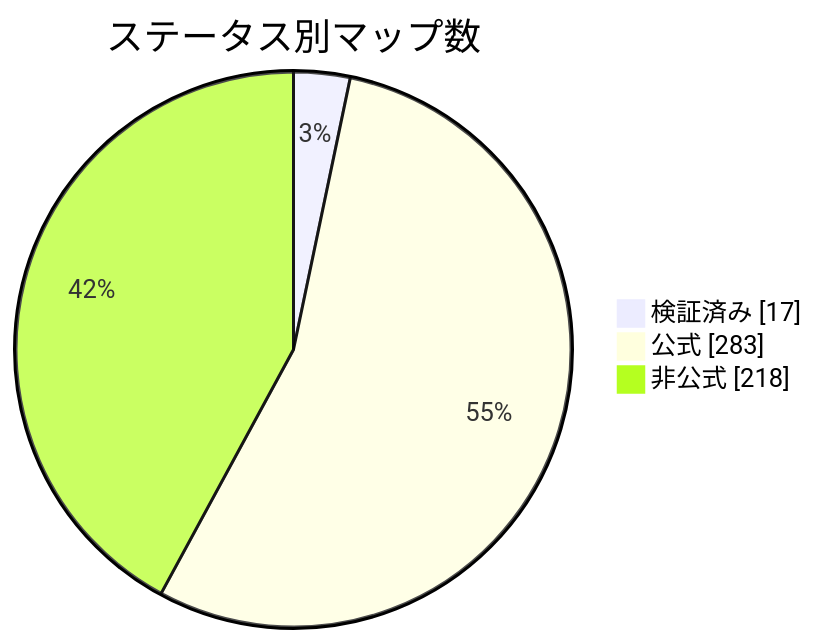
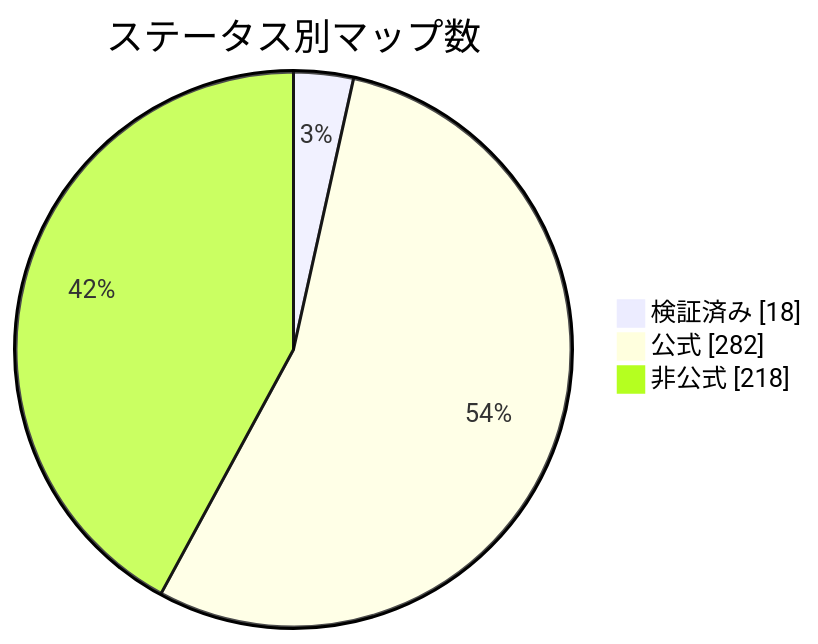
The diagram in docs/readme/README_JP.md (nobrega8/mbmap-library), drawn with Mermaid before and after one commit. The commit also changed 5 other files, not shown here.

````diff
--- a/docs/readme/README_JP.md
+++ b/docs/readme/README_JP.md
@@ -54,7 +54,7 @@
 ```mermaid
 pie showData
     title ステータス別マップ数
-    "検証済み" : 17
-    "公式" : 283
+    "検証済み" : 18
+    "公式" : 282
     "非公式" : 218
 ```
````
